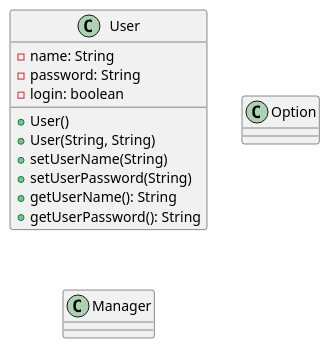
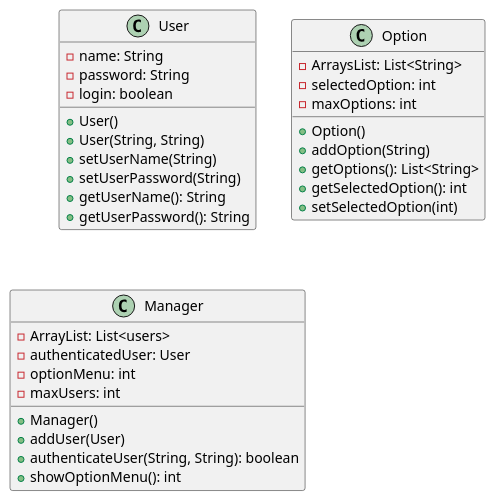
One commit to mmasias/progra2-22-23 changed the diagram in ejercicios/entregas/alvaroLostal/EX002UserManagement/docs/EX002UserManagement.puml. Above: the diagram before and after it, drawn with PlantUML. The commit also changed 3 other files, not shown here.

```diff
--- a/ejercicios/entregas/alvaroLostal/EX002UserManagement/docs/EX002UserManagement.puml
+++ b/ejercicios/entregas/alvaroLostal/EX002UserManagement/docs/EX002UserManagement.puml
@@ -1,21 +1,35 @@
 @startuml
 class User {
     -name: String
     -password: String
     -login: boolean
     +User()
     +User(String, String)
     +setUserName(String)
     +setUserPassword(String)
     +getUserName(): String
     +getUserPassword(): String
 }
 
 class Option {
-
+    -ArraysList: List<String>
+    -selectedOption: int
+    -maxOptions: int
+    +Option()
+    +addOption(String)
+    +getOptions(): List<String>
+    +getSelectedOption(): int
+    +setSelectedOption(int)
 }
 
 class Manager {
-
+    -ArrayList: List<users>
+    -authenticatedUser: User
+    -optionMenu: int
+    -maxUsers: int
+    +Manager()
+    +addUser(User)
+    +authenticateUser(String, String): boolean
+    +showOptionMenu(): int
 }
 @enduml
```
